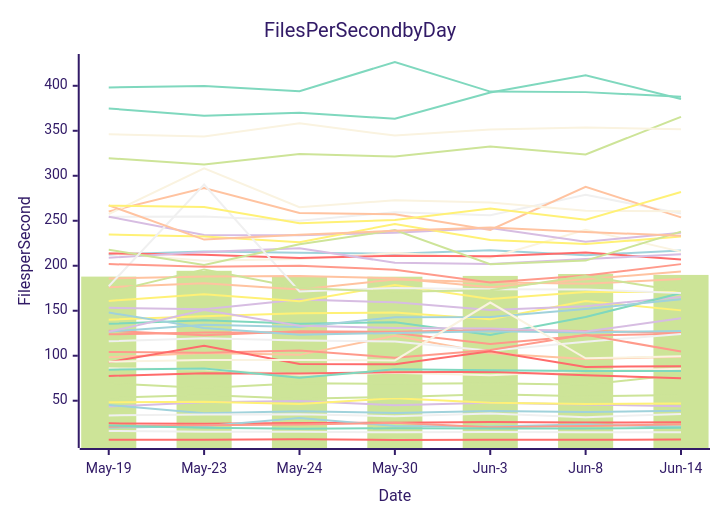
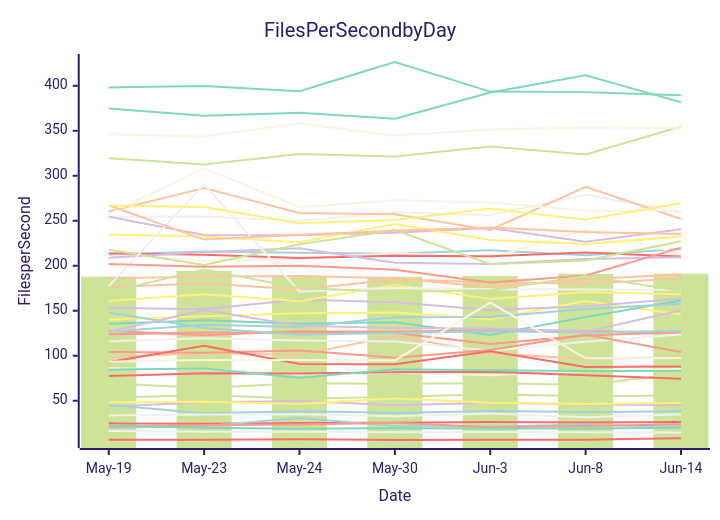
The diagram in perf-report.md (streetsidesoftware/cspell), drawn with Mermaid (forest theme) before and after one commit. The commit also changed other lines of this file and 2 other files, not shown here.

````diff
--- a/perf-report.md
+++ b/perf-report.md
@@ -11,57 +11,57 @@
 ```mermaid
 xychart-beta
     title Files Per Second by Day
     y-axis Files per Second
     x-axis Date [May-19, May-23, May-24, May-30, Jun-3, Jun-8, Jun-14]
-    bar [187.94, 194.38, 187.53, 187.84, 188.70, 190.81, 189.80]
-    line [24.84, 24.48, 25.27, 25.51, 26.21, 25.84, 25.97]
-    line [20.00, 21.53, 30.85, 21.86, 21.33, 23.44, 21.00]
-    line [43.44, 48.37, 49.79, 45.03, 47.69, 45.74, 43.85]
-    line [16.48, 15.39, 15.58, 14.86, 15.18, 15.02, 14.93]
-    line [98.35, 102.96, 100.96, 122.12, 102.88, 96.25, 98.92]
-    line [374.77, 366.83, 370.08, 363.31, 392.45, 411.63, 385.33]
-    line [123.77, 125.73, 125.94, 125.35, 112.95, 122.50, 124.49]
-    line [85.95, 85.08, 78.77, 81.14, 78.40, 83.02, 85.46]
-    line [140.07, 144.01, 147.15, 148.03, 140.54, 160.74, 150.40]
-    line [69.47, 64.25, 69.53, 68.78, 69.37, 67.74, 79.10]
-    line [77.54, 80.59, 80.29, 81.53, 82.29, 78.36, 75.09]
-    line [212.55, 215.84, 214.38, 213.29, 217.13, 211.77, 216.96]
-    line [153.28, 151.73, 162.52, 159.30, 150.77, 155.04, 165.38]
-    line [254.35, 254.61, 250.00, 259.58, 256.09, 278.90, 257.97]
-    line [260.36, 286.42, 258.60, 257.18, 239.81, 287.65, 253.74]
-    line [135.42, 139.50, 135.65, 137.15, 123.09, 142.96, 169.79]
-    line [21.05, 22.73, 23.64, 25.47, 20.39, 21.85, 23.86]
-    line [213.89, 205.67, 207.63, 214.21, 208.82, 240.01, 215.72]
-    line [160.94, 168.26, 160.60, 178.51, 162.97, 170.78, 170.91]
-    line [319.57, 312.48, 324.31, 321.30, 332.58, 323.78, 365.52]
-    line [213.72, 212.23, 208.69, 211.05, 210.52, 214.78, 206.89]
-    line [45.35, 36.07, 38.42, 36.32, 38.54, 37.33, 38.77]
-    line [254.57, 234.26, 233.79, 236.78, 241.94, 226.60, 236.79]
-    line [33.61, 34.69, 34.94, 32.78, 35.79, 31.73, 35.25]
-    line [185.86, 188.16, 188.58, 186.13, 176.02, 184.92, 193.67]
-    line [22.53, 19.87, 18.72, 19.42, 19.15, 19.01, 19.85]
-    line [127.71, 122.71, 127.15, 126.61, 128.67, 127.50, 125.79]
-    line [257.39, 308.24, 265.00, 272.73, 270.27, 261.13, 260.51]
-    line [48.29, 48.86, 46.46, 52.80, 47.62, 46.28, 47.04]
-    line [53.17, 56.48, 52.20, 54.24, 57.32, 54.91, 56.35]
-    line [6.48, 6.70, 7.10, 6.34, 6.74, 6.70, 6.76]
-    line [147.92, 130.77, 123.22, 125.33, 127.25, 125.89, 127.56]
-    line [208.87, 215.23, 219.43, 203.27, 201.99, 207.37, 212.81]
-    line [116.06, 119.43, 116.84, 115.92, 105.51, 115.54, 124.26]
-    line [176.15, 180.59, 173.73, 184.72, 181.71, 179.92, 185.39]
-    line [84.52, 85.73, 75.59, 84.88, 83.99, 83.05, 83.16]
-    line [104.19, 103.43, 105.92, 97.87, 106.45, 123.34, 104.59]
-    line [346.15, 343.69, 358.26, 344.65, 351.41, 353.54, 351.76]
-    line [234.71, 232.57, 226.13, 246.49, 228.60, 224.05, 232.44]
-    line [217.73, 200.96, 223.84, 239.63, 201.75, 205.74, 237.95]
-    line [92.82, 111.10, 90.94, 90.56, 104.84, 87.60, 88.39]
-    line [126.78, 134.48, 131.99, 142.83, 143.00, 151.99, 162.74]
-    line [126.61, 150.87, 133.44, 130.84, 130.22, 126.80, 141.73]
-    line [177.15, 290.28, 171.42, 175.26, 173.98, 173.63, 169.66]
-    line [267.13, 229.05, 234.58, 238.79, 242.50, 237.41, 233.40]
-    line [398.12, 399.78, 393.93, 426.44, 393.52, 392.96, 387.74]
-    line [201.86, 198.76, 200.08, 195.61, 181.39, 189.21, 201.80]
-    line [93.35, 95.34, 95.32, 94.79, 159.13, 97.18, 99.40]
-    line [266.74, 265.26, 247.18, 250.86, 263.73, 251.08, 281.94]
-    line [170.67, 195.94, 175.36, 171.10, 172.66, 188.61, 171.62]
+    bar [187.94, 194.38, 187.53, 187.84, 188.70, 190.81, 191.12]
+    line [24.84, 24.48, 25.27, 25.51, 26.21, 25.84, 26.48]
+    line [20.00, 21.53, 30.85, 21.86, 21.33, 23.44, 20.77]
+    line [43.44, 48.37, 49.79, 45.03, 47.69, 45.74, 44.93]
+    line [16.48, 15.39, 15.58, 14.86, 15.18, 15.02, 14.65]
+    line [98.35, 102.96, 100.96, 122.12, 102.88, 96.25, 98.55]
+    line [374.77, 366.83, 370.08, 363.31, 392.45, 411.63, 381.64]
+    line [123.77, 125.73, 125.94, 125.35, 112.95, 122.50, 126.17]
+    line [85.95, 85.08, 78.77, 81.14, 78.40, 83.02, 85.34]
+    line [140.07, 144.01, 147.15, 148.03, 140.54, 160.74, 145.81]
+    line [69.47, 64.25, 69.53, 68.78, 69.37, 67.74, 79.92]
+    line [77.54, 80.59, 80.29, 81.53, 82.29, 78.36, 74.53]
+    line [212.55, 215.84, 214.38, 213.29, 217.13, 211.77, 218.65]
+    line [153.28, 151.73, 162.52, 159.30, 150.77, 155.04, 163.34]
+    line [254.35, 254.61, 250.00, 259.58, 256.09, 278.90, 259.60]
+    line [260.36, 286.42, 258.60, 257.18, 239.81, 287.65, 251.95]
+    line [135.42, 139.50, 135.65, 137.15, 123.09, 142.96, 161.35]
+    line [21.05, 22.73, 23.64, 25.47, 20.39, 21.85, 23.82]
+    line [213.89, 205.67, 207.63, 214.21, 208.82, 240.01, 213.64]
+    line [160.94, 168.26, 160.60, 178.51, 162.97, 170.78, 168.46]
+    line [319.57, 312.48, 324.31, 321.30, 332.58, 323.78, 354.69]
+    line [213.72, 212.23, 208.69, 211.05, 210.52, 214.78, 210.20]
+    line [45.35, 36.07, 38.42, 36.32, 38.54, 37.33, 38.26]
+    line [254.57, 234.26, 233.79, 236.78, 241.94, 226.60, 240.44]
+    line [33.61, 34.69, 34.94, 32.78, 35.79, 31.73, 34.98]
+    line [185.86, 188.16, 188.58, 186.13, 176.02, 184.92, 190.66]
+    line [22.53, 19.87, 18.72, 19.42, 19.15, 19.01, 19.91]
+    line [127.71, 122.71, 127.15, 126.61, 128.67, 127.50, 125.76]
+    line [257.39, 308.24, 265.00, 272.73, 270.27, 261.13, 261.42]
+    line [48.29, 48.86, 46.46, 52.80, 47.62, 46.28, 47.54]
+    line [53.17, 56.48, 52.20, 54.24, 57.32, 54.91, 55.98]
+    line [6.48, 6.70, 7.10, 6.34, 6.74, 6.70, 8.24]
+    line [147.92, 130.77, 123.22, 125.33, 127.25, 125.89, 127.61]
+    line [208.87, 215.23, 219.43, 203.27, 201.99, 207.37, 209.33]
+    line [116.06, 119.43, 116.84, 115.92, 105.51, 115.54, 123.50]
+    line [176.15, 180.59, 173.73, 184.72, 181.71, 179.92, 185.95]
+    line [84.52, 85.73, 75.59, 84.88, 83.99, 83.05, 83.17]
+    line [104.19, 103.43, 105.92, 97.87, 106.45, 123.34, 104.15]
+    line [346.15, 343.69, 358.26, 344.65, 351.41, 353.54, 353.38]
+    line [234.71, 232.57, 226.13, 246.49, 228.60, 224.05, 232.54]
+    line [217.73, 200.96, 223.84, 239.63, 201.75, 205.74, 227.27]
+    line [92.82, 111.10, 90.94, 90.56, 104.84, 87.60, 88.07]
+    line [126.78, 134.48, 131.99, 142.83, 143.00, 151.99, 157.77]
+    line [126.61, 150.87, 133.44, 130.84, 130.22, 126.80, 150.40]
+    line [177.15, 290.28, 171.42, 175.26, 173.98, 173.63, 173.03]
+    line [267.13, 229.05, 234.58, 238.79, 242.50, 237.41, 235.41]
+    line [398.12, 399.78, 393.93, 426.44, 393.52, 392.96, 389.62]
+    line [201.86, 198.76, 200.08, 195.61, 181.39, 189.21, 220.12]
+    line [93.35, 95.34, 95.32, 94.79, 159.13, 97.18, 97.48]
+    line [266.74, 265.26, 247.18, 250.86, 263.73, 251.08, 269.77]
+    line [170.67, 195.94, 175.36, 171.10, 172.66, 188.61, 172.10]
 ```
````
